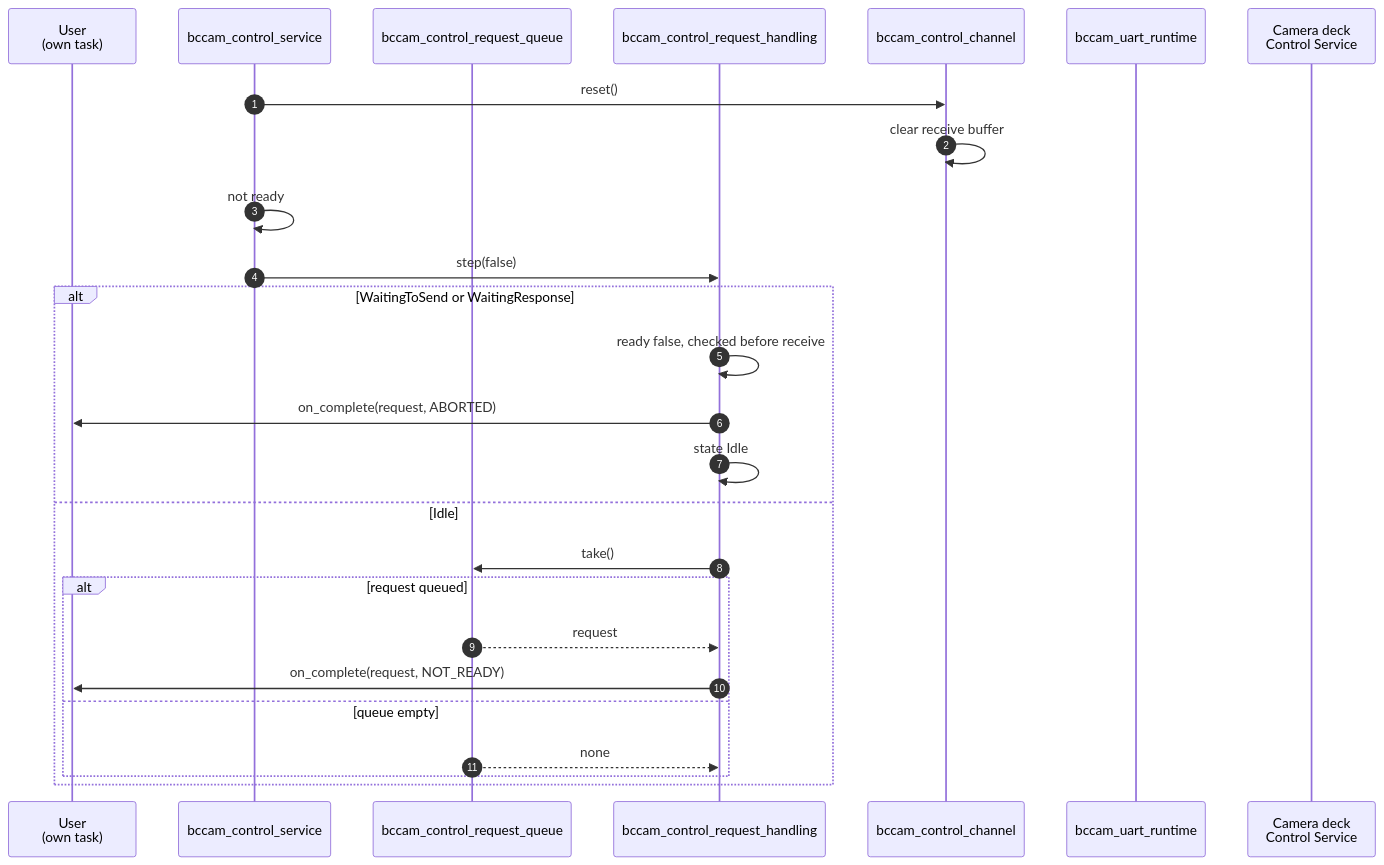
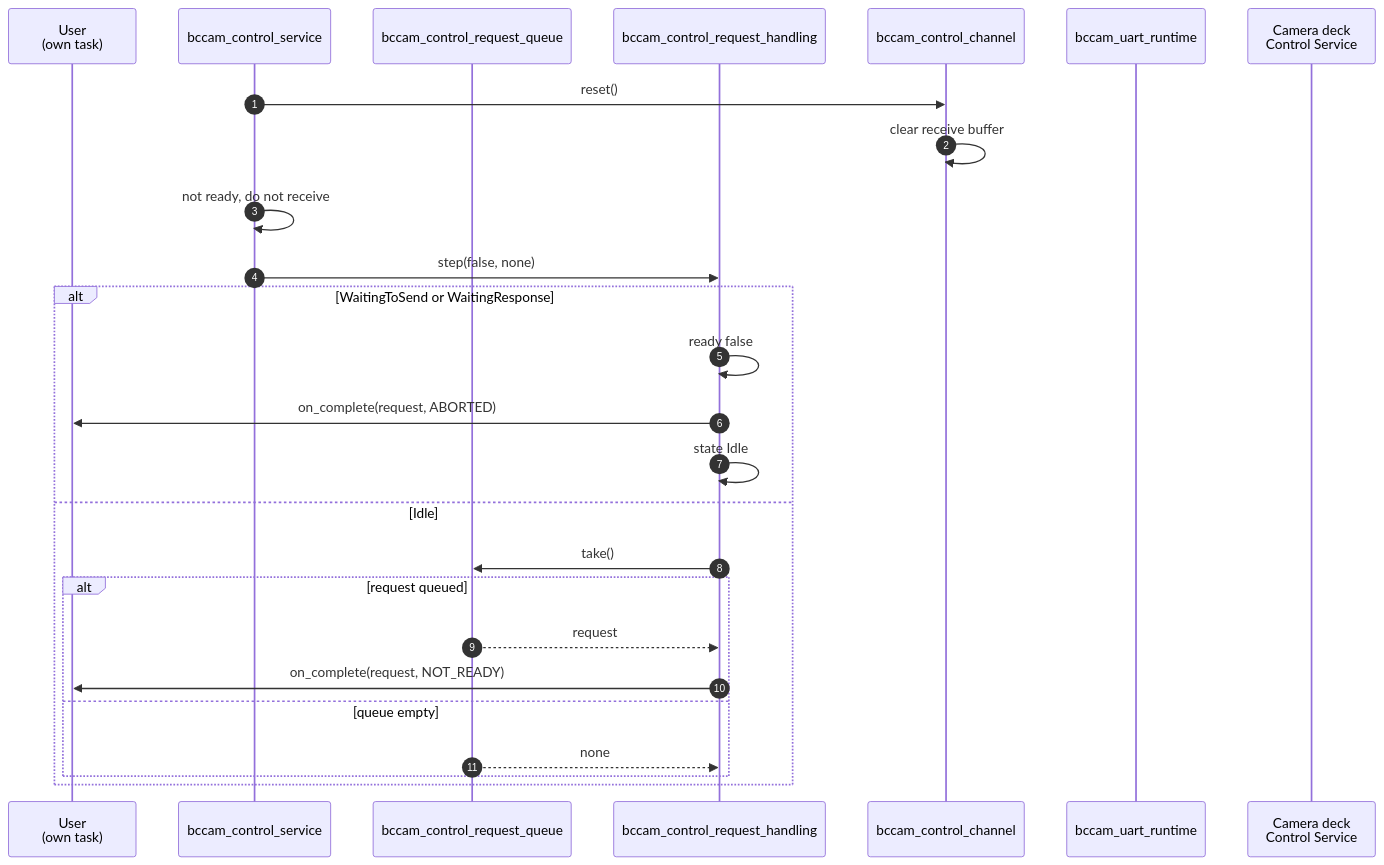
Before and after one commit to bitcraze/crazyflie-firmware: the sixth of 12 diagrams in docs/functional-areas/camera-deck-control.md, drawn with Mermaid. The commit also changed other lines of this file, not shown here.

````diff
--- a/docs/functional-areas/camera-deck-control.md
+++ b/docs/functional-areas/camera-deck-control.md
@@ -524,29 +553,29 @@
 ```mermaid
 sequenceDiagram
     autonumber
     participant U as User<br/>(own task)
     participant CS as bccam_control_service
     participant Q as bccam_control_request_queue
     participant H as bccam_control_request_handling
     participant Ch as bccam_control_channel
     participant R as bccam_uart_runtime
     participant D as Camera deck<br/>Control Service
 
     CS->>Ch: reset()
     Ch->>Ch: clear receive buffer
-    CS->>CS: not ready
-    CS->>H: step(false)
+    CS->>CS: not ready, do not receive
+    CS->>H: step(false, none)
     alt WaitingToSend or WaitingResponse
-        H->>H: ready false, checked before receive
+        H->>H: ready false
         H->>U: on_complete(request, ABORTED)
         H->>H: state Idle
     else Idle
         H->>Q: take()
         alt request queued
             Q-->>H: request
             H->>U: on_complete(request, NOT_READY)
         else queue empty
             Q-->>H: none
         end
     end
 ```
````
